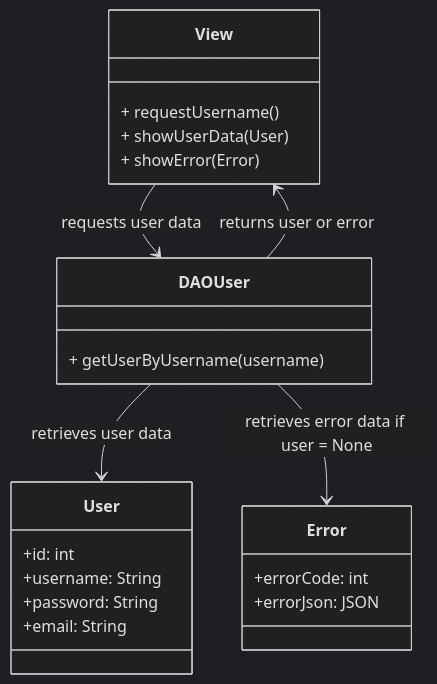
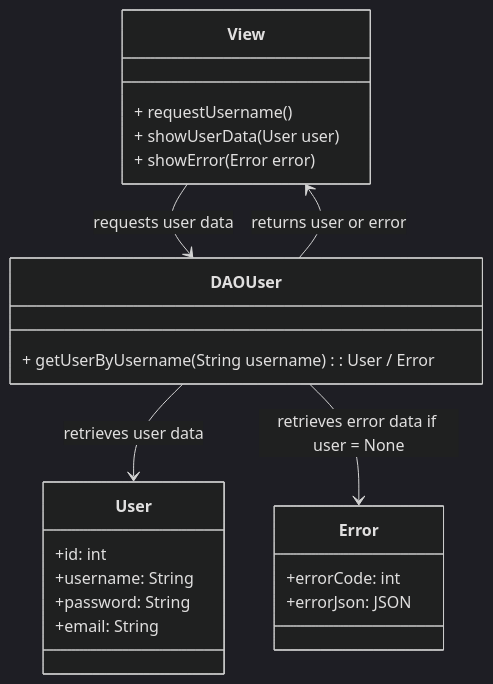
Before and after one commit to vicpuig/tapatapp: the diagram in charts/DiagramaClassesPrototip1.mermaid, drawn with Mermaid (dark theme).

```diff
--- a/charts/DiagramaClassesPrototip1.mermaid
+++ b/charts/DiagramaClassesPrototip1.mermaid
@@ -1,26 +1,26 @@
 classDiagram
     class View {
         + requestUsername()
-        + showUserData(User)
-        + showError(Error)
+        + showUserData(User user)
+        + showError(Error error)
     }
 
     class DAOUser {
-        + getUserByUsername(username)
+        + getUserByUsername(String username) : User / Error
     }
 
     class User {
         +id: int
         +username: String
         +password: String
         +email: String
     }
 
     class Error {
         +errorCode: int
         +errorJson: JSON
     }
     View --> DAOUser: requests user data
     DAOUser --> View: returns user or error
     DAOUser --> User: retrieves user data
     DAOUser --> Error: retrieves error data if user = None
```
